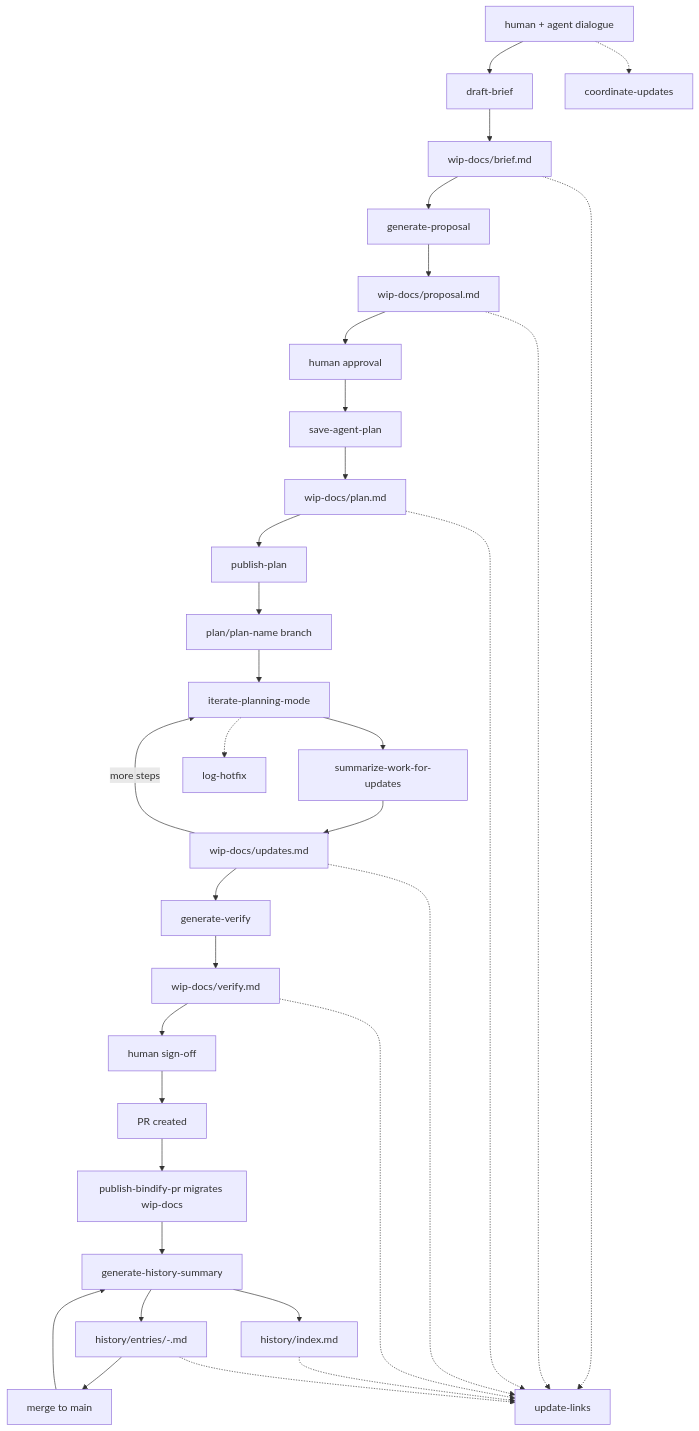
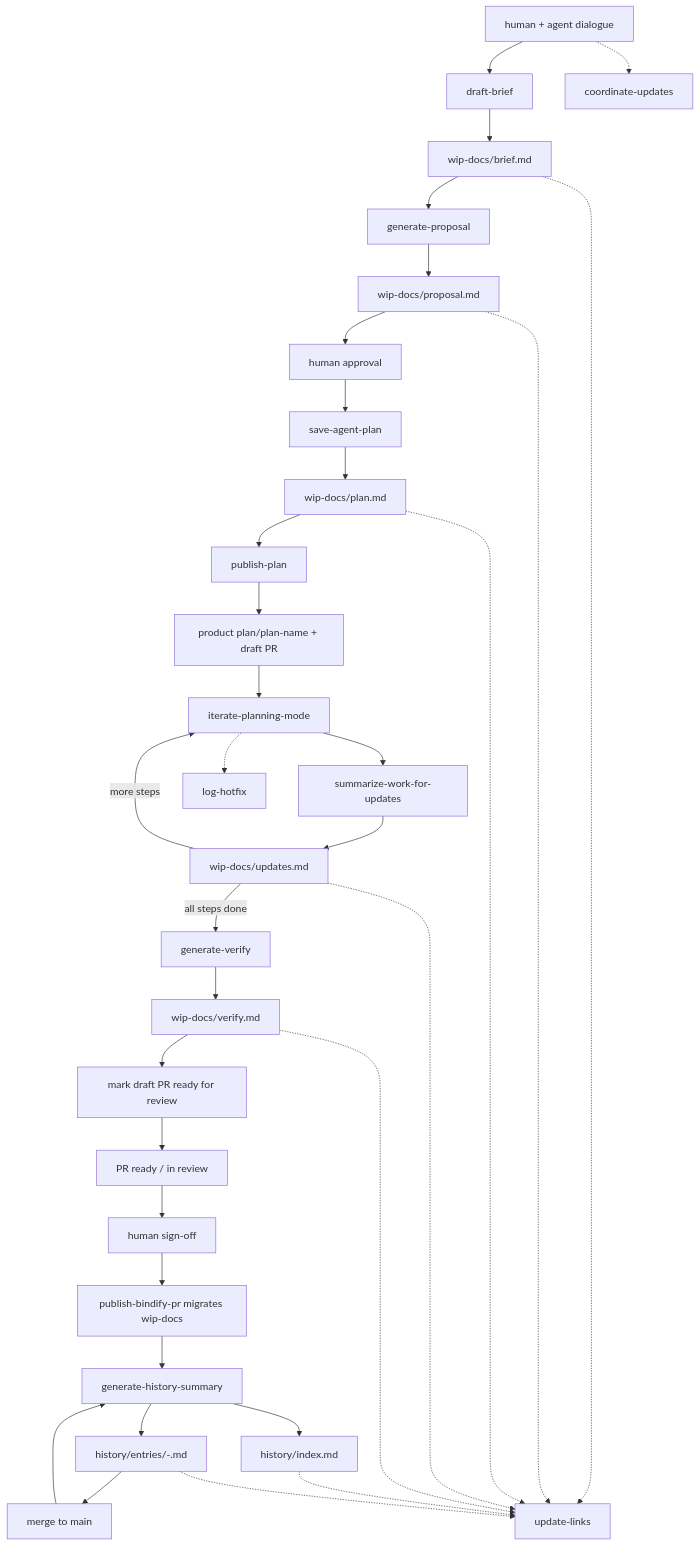
Before and after one commit to den-ree/blanche-skills: the diagram in bindify/SKILL.md, drawn with Mermaid. The commit also changed other lines of this file and 6 other files, not shown here.

First line of the commit message:
Make publish-plan a product draft-PR kickoff and keep work on plan branches.

````diff
--- a/bindify/SKILL.md
+++ b/bindify/SKILL.md
@@ -51,63 +51,65 @@
 ```mermaid
 flowchart TD
     dialogue["human + agent dialogue"]
     draftBrief["draft-brief"]
     briefMd["wip-docs/brief.md"]
     genProposal["generate-proposal"]
     proposalMd["wip-docs/proposal.md"]
     humanApproval["human approval"]
     savePlan["save-agent-plan"]
     planMd["wip-docs/plan.md"]
     publishPlan["publish-plan"]
-    planBranch["plan/plan-name branch"]
+    planBranch["product plan/plan-name + draft PR"]
     iterate["iterate-planning-mode"]
     summarize["summarize-work-for-updates"]
     updatesMd["wip-docs/updates.md"]
     genVerify["generate-verify"]
     verifyMd["wip-docs/verify.md"]
+    prReady["mark draft PR ready for review"]
     migrate["publish-bindify-pr migrates wip-docs"]
     genHistory["generate-history-summary"]
     historyIndex["history/index.md"]
     historyEntry["history/entries/<date>-<slug>.md"]
     humanSignoff["human sign-off"]
-    prCreated["PR created"]
+    prCreated["PR ready / in review"]
     mergeMain["merge to main"]
 
     coordinate["coordinate-updates"]
     logHotfix["log-hotfix"]
     updateLinks["update-links"]
 
     dialogue --> draftBrief
     draftBrief --> briefMd
     briefMd --> genProposal
     genProposal --> proposalMd
     proposalMd --> humanApproval
     humanApproval --> savePlan
     savePlan --> planMd
     planMd --> publishPlan
     publishPlan --> planBranch
     planBranch --> iterate
     iterate --> summarize
     summarize --> updatesMd
     updatesMd -->|"more steps"| iterate
-    updatesMd --> genVerify
+    updatesMd -->|"all steps done"| genVerify
     genVerify --> verifyMd
-    verifyMd --> humanSignoff
-    humanSignoff --> prCreated
-    prCreated --> migrate
+    verifyMd --> prReady
+    prReady --> prCreated
+    prCreated --> humanSignoff
+    humanSignoff --> migrate
     migrate --> genHistory
     genHistory --> historyEntry
     genHistory --> historyIndex
     historyEntry --> mergeMain
     mergeMain --> genHistory
 
     dialogue -.-> coordinate
     iterate -.-> logHotfix
     briefMd -.-> updateLinks
     proposalMd -.-> updateLinks
     planMd -.-> updateLinks
     updatesMd -.-> updateLinks
     verifyMd -.-> updateLinks
     historyIndex -.-> updateLinks
     historyEntry -.-> updateLinks
 ```
````
